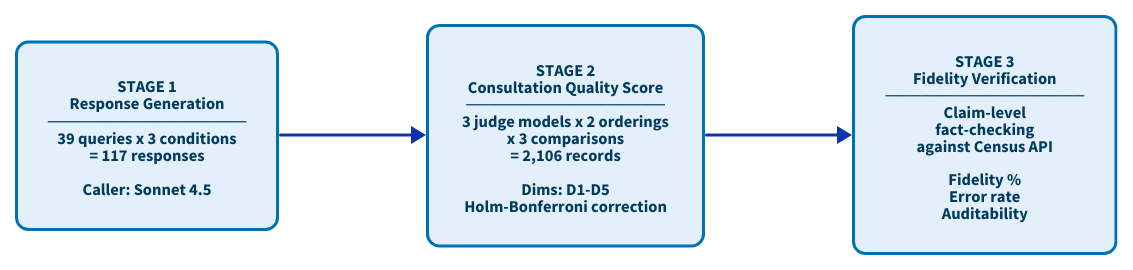
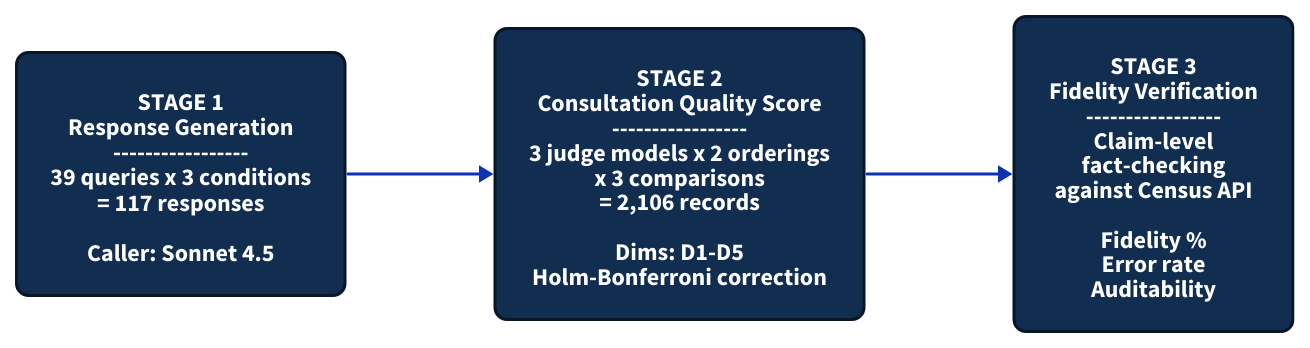
The diagram in paper/assets/diagrams/F6_evaluation_pipeline.d2 (brockwebb/open-census-mcp-server), drawn with D2 before and after one commit. The commit also changed 14 other files, not shown here.

First line of the commit message:
style: update all figures/diagrams to Census xdgov palette, 508 compliance

```diff
--- a/paper/assets/diagrams/F6_evaluation_pipeline.d2
+++ b/paper/assets/diagrams/F6_evaluation_pipeline.d2
@@ -1,35 +1,37 @@
 ##################################################
 # F6: Three-Stage Evaluation Pipeline
-# Stage 1 (generation) -> Stage 2 (CQS) -> Stage 3 (fidelity)
+# Stage 1 -> Stage 2 -> Stage 3 (left to right)
+# Palette: Census xdgov Data Design Standards
+# 508 compliance: white text on navy passes 4.5:1
 ##################################################
 
 direction: right
 
-stage1: "STAGE 1\nResponse Generation\n─────────────────\n39 queries x 3 conditions\n= 117 responses\n\nCaller: Sonnet 4.5" {
-  style.fill: "#E3F0FB"
-  style.stroke: "#0072B2"
+stage1: "STAGE 1\nResponse Generation\n-----------------\n39 queries x 3 conditions\n= 117 responses\n\nCaller: Sonnet 4.5" {
+  style.fill: "#112E51"
+  style.stroke: "#081627"
   style.stroke-width: 2
   style.border-radius: 8
-  style.font-size: 11
-  style.font-color: "#003A5C"
+  style.font-size: 16
+  style.font-color: "#FFFFFF"
 }
 
-stage2: "STAGE 2\nConsultation Quality Score\n─────────────────\n3 judge models x 2 orderings\nx 3 comparisons\n= 2,106 records\n\nDims: D1-D5\nHolm-Bonferroni correction" {
-  style.fill: "#E3F0FB"
-  style.stroke: "#0072B2"
+stage2: "STAGE 2\nConsultation Quality Score\n-----------------\n3 judge models x 2 orderings\nx 3 comparisons\n= 2,106 records\n\nDims: D1-D5\nHolm-Bonferroni correction" {
+  style.fill: "#112E51"
+  style.stroke: "#081627"
   style.stroke-width: 2
   style.border-radius: 8
-  style.font-size: 11
-  style.font-color: "#003A5C"
+  style.font-size: 16
+  style.font-color: "#FFFFFF"
 }
 
-stage3: "STAGE 3\nFidelity Verification\n─────────────────\nClaim-level\nfact-checking\nagainst Census API\n\nFidelity %\nError rate\nAuditability" {
-  style.fill: "#E3F0FB"
-  style.stroke: "#0072B2"
+stage3: "STAGE 3\nFidelity Verification\n-----------------\nClaim-level\nfact-checking\nagainst Census API\n\nFidelity %\nError rate\nAuditability" {
+  style.fill: "#112E51"
+  style.stroke: "#081627"
   style.stroke-width: 2
   style.border-radius: 8
-  style.font-size: 11
-  style.font-color: "#003A5C"
+  style.font-size: 16
+  style.font-color: "#FFFFFF"
 }
 
 stage1 -> stage2 -> stage3
```
